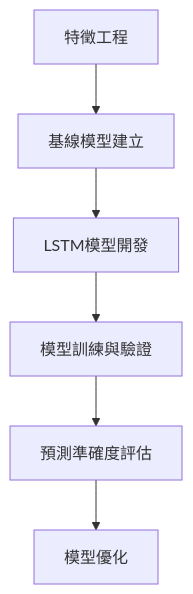
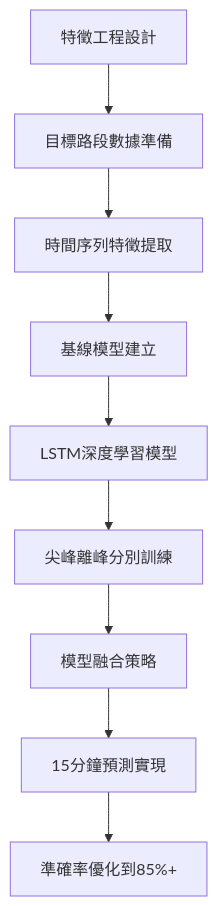
The sixth of 6 diagrams in README.md (qrere-Ya/traffic_project_roadmap), drawn with Mermaid before and after one commit. The commit also changed other lines of this file, not shown here.

````diff
--- a/README.md
+++ b/README.md
@@ -148,8 +176,11 @@
 ```mermaid
 graph TD
-    FF[特徵工程] --> GG[基線模型建立]
-    GG --> HH[LSTM模型開發]
-    HH --> II[模型訓練與驗證]
-    II --> JJ[預測準確度評估]
-    JJ --> KK[模型優化]
+    JJ[特徵工程設計] --> KK[目標路段數據準備]
+    KK --> LL[時間序列特徵提取]
+    LL --> MM[基線模型建立]
+    MM --> NN[LSTM深度學習模型]
+    NN --> OO[尖峰離峰分別訓練]
+    OO --> PP[模型融合策略]
+    PP --> QQ[15分鐘預測實現]
+    QQ --> RR[準確率優化到85%+]
 ```
````
